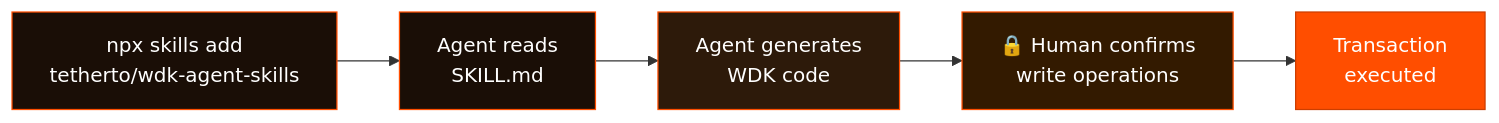
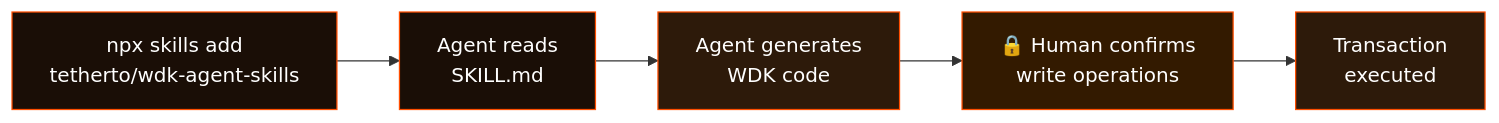
The diagram in ai/agent-skills.md (gatteo/wdk-docs), drawn with Mermaid before and after one commit. The commit also changed 16 other files, not shown here.

Commit message:
docs: replace all primary orange backgrounds with dark tones in diagrams

````diff
--- a/ai/agent-skills.md
+++ b/ai/agent-skills.md
@@ -55,13 +55,13 @@
 ```mermaid
 flowchart LR
     Install["npx skills add\ntetherto/wdk-agent-skills"] --> Load["Agent reads\nSKILL.md"]
     Load --> Gen["Agent generates\nWDK code"]
     Gen --> Confirm["🔒 Human confirms\nwrite operations"]
     Confirm --> Exec["Transaction\nexecuted"]
 
     style Install fill:#1a0e06,stroke:#FF4E00,color:#fff
     style Load fill:#1a0e06,stroke:#FF4E00,color:#fff
     style Gen fill:#2d1a0a,stroke:#FF4E00,color:#fff
     style Confirm fill:#331a00,stroke:#FF4E00,color:#fff
-    style Exec fill:#FF4E00,stroke:#cc3e00,color:#fff
+    style Exec fill:#2d1a0a,stroke:#FF4E00,color:#fff
 ```
````
